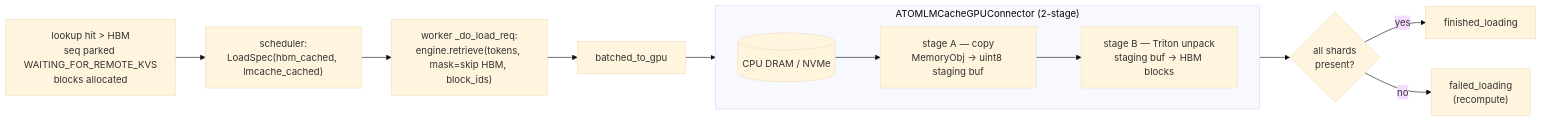
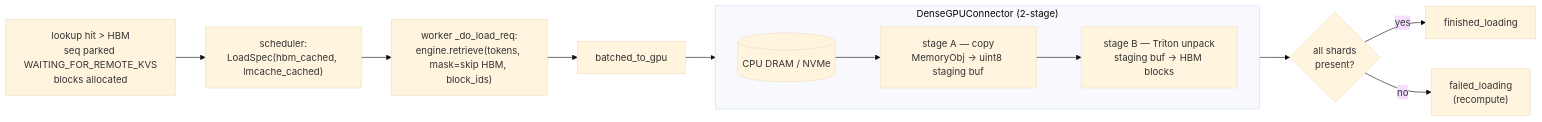
One commit to ROCm/ATOM changed the third of 4 diagrams in atom/kv_transfer/offload/README.md. Above: the diagram before and after it, drawn with Mermaid (base theme). The commit also changed other lines of this file and 49 other files, not shown here.

````diff
--- a/atom/kv_transfer/offload/README.md
+++ b/atom/kv_transfer/offload/README.md
@@ -326,15 +339,15 @@
 ```mermaid
 flowchart LR
     A["lookup hit &gt; HBM<br/>seq parked WAITING_FOR_REMOTE_KVS<br/>blocks allocated"] --> B["scheduler:<br/>LoadSpec(hbm_cached, lmcache_cached)"]
     B --> C["worker _do_load_req:<br/>engine.retrieve(tokens, mask=skip HBM, block_ids)"]
     C --> D["batched_to_gpu"]
-    subgraph PIPE_L["ATOMLMCacheGPUConnector (2-stage)"]
+    subgraph PIPE_L["DenseGPUConnector (2-stage)"]
         direction LR
         S[("CPU DRAM / NVMe")] --> E["stage A — copy<br/>MemoryObj → uint8 staging buf"]
         E --> F["stage B — Triton unpack<br/>staging buf → HBM blocks"]
     end
     D --> E
     F --> G{"all shards<br/>present?"}
     G -- yes --> H["finished_loading"]
     G -- no --> I["failed_loading<br/>(recompute)"]
 ```
````
